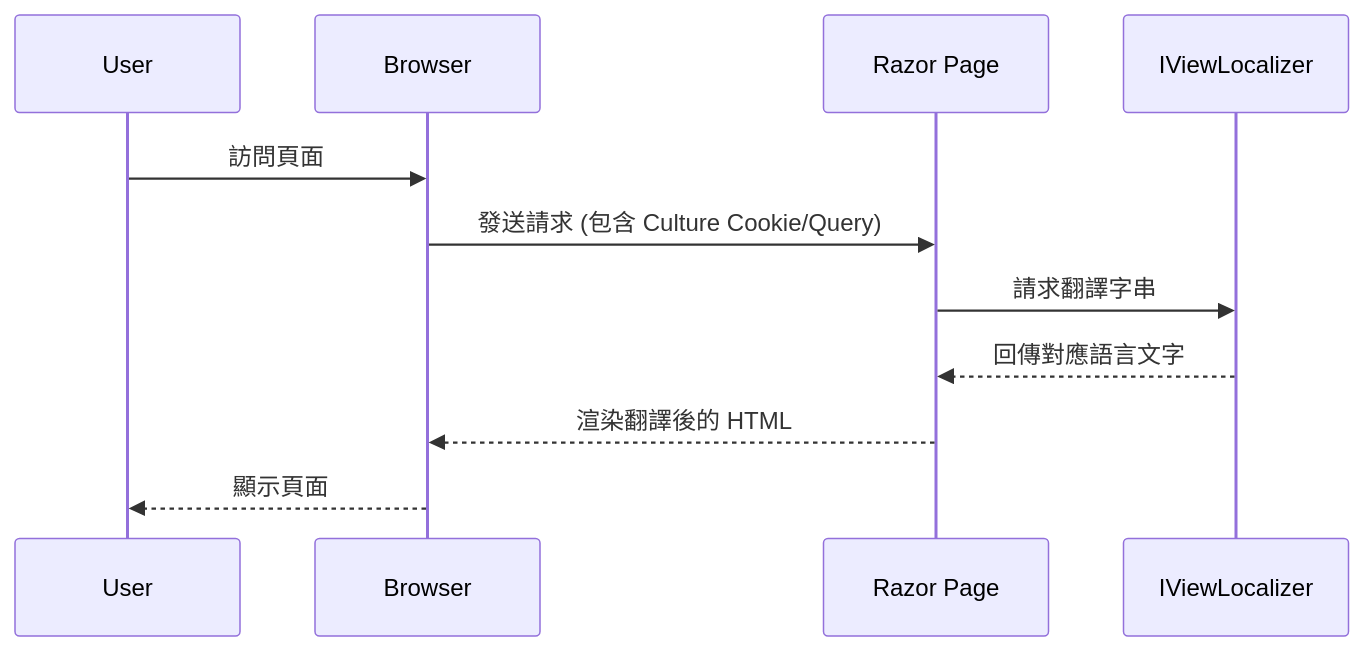
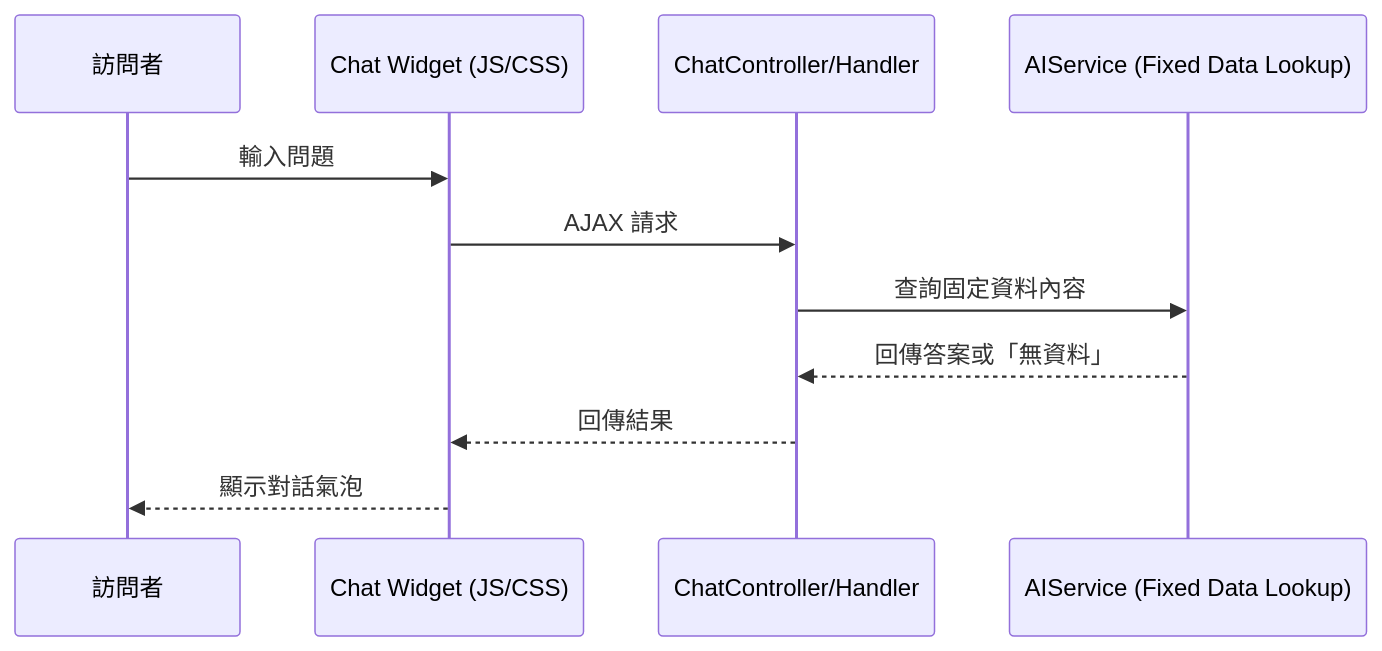
One commit to tcri01/DemoApi changed the second of 2 diagrams in readme.md. Above: the diagram before and after it, drawn with Mermaid. The commit also changed other lines of this file and 9 other files, not shown here.

````diff
--- a/readme.md
+++ b/readme.md
@@ -16,13 +17,14 @@
 ```mermaid
 sequenceDiagram
-    participant User
-    participant Browser
-    participant App as Razor Page
-    participant Loc as IViewLocalizer
-    User->>Browser: 訪問頁面
-    Browser->>App: 發送請求 (包含 Culture Cookie/Query)
-    App->>Loc: 請求翻譯字串
-    Loc-->>App: 回傳對應語言文字
-    App-->>Browser: 渲染翻譯後的 HTML
-    Browser-->>User: 顯示頁面
+    participant User as 訪問者
+    participant Widget as Chat Widget (JS/CSS)
+    participant API as ChatController/Handler
+    participant AI as AIService (Fixed Data Lookup)
+    
+    User->>Widget: 輸入問題
+    Widget->>API: AJAX 請求
+    API->>AI: 查詢固定資料內容
+    AI-->>API: 回傳答案或「無資料」
+    API-->>Widget: 回傳結果
+    Widget-->>User: 顯示對話氣泡
 ```
````
